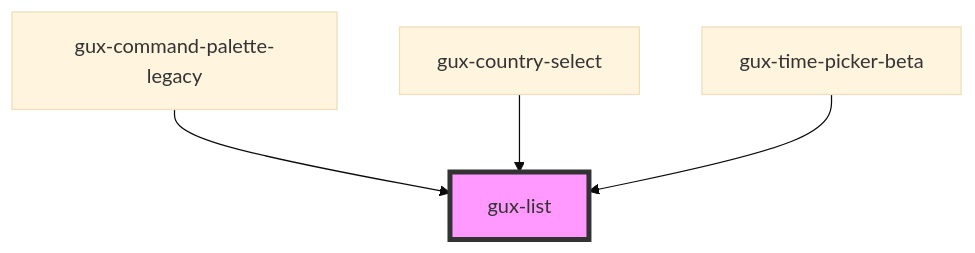
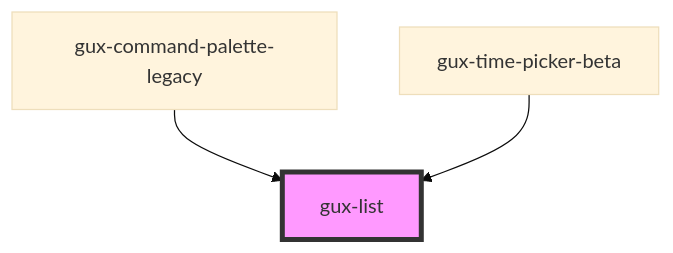
Before and after one commit to MyPureCloud/genesys-spark: the diagram in src/components/stable/gux-list/readme.md, drawn with Mermaid (base theme). The commit also changed other lines of this file and 14 other files, not shown here.

````diff
--- a/src/components/stable/gux-list/readme.md
+++ b/src/components/stable/gux-list/readme.md
@@ -96,7 +95,6 @@
 ```mermaid
 graph TD;
   gux-command-palette-legacy --> gux-list
-  gux-country-select --> gux-list
   gux-time-picker-beta --> gux-list
   style gux-list fill:#f9f,stroke:#333,stroke-width:4px
 ```
````
